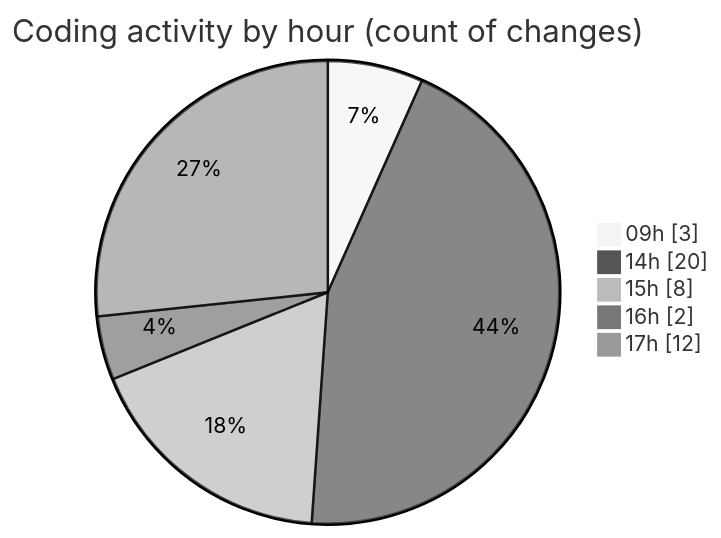
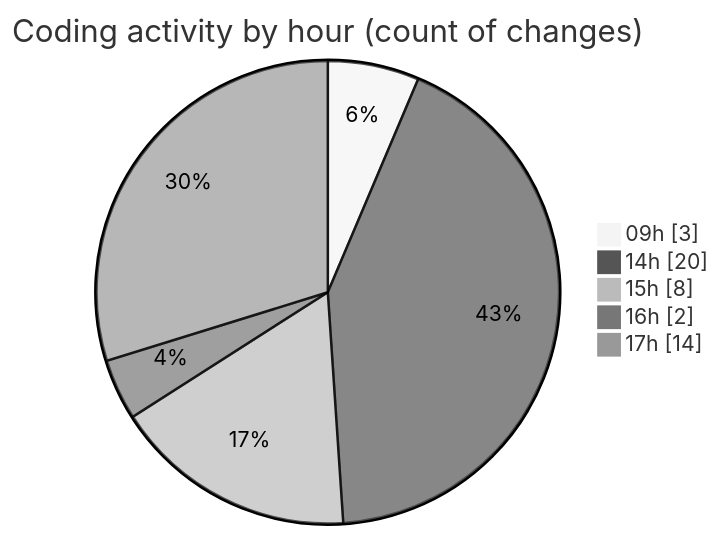
The second of 2 diagrams in 2025-10-14/eventscop-frontend-guide__workspace_/README.md (julien-gomy/code-tracking), drawn with Mermaid (neutral theme) before and after one commit. The commit also changed other lines of this file and 1 other file, not shown here.

````diff
--- a/2025-10-14/eventscop-frontend-guide__workspace_/README.md
+++ b/2025-10-14/eventscop-frontend-guide__workspace_/README.md
@@ -44,9 +44,9 @@
 ```mermaid
 pie showData
 title Coding activity by hour (count of changes)
 "09h" : 3
 "14h" : 20
 "15h" : 8
 "16h" : 2
-"17h" : 12
+"17h" : 14
 ```
````
